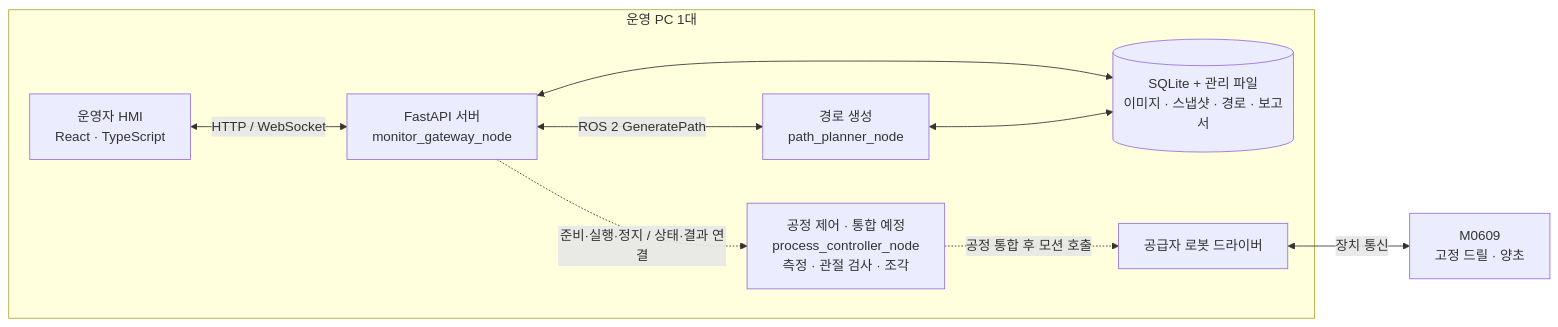
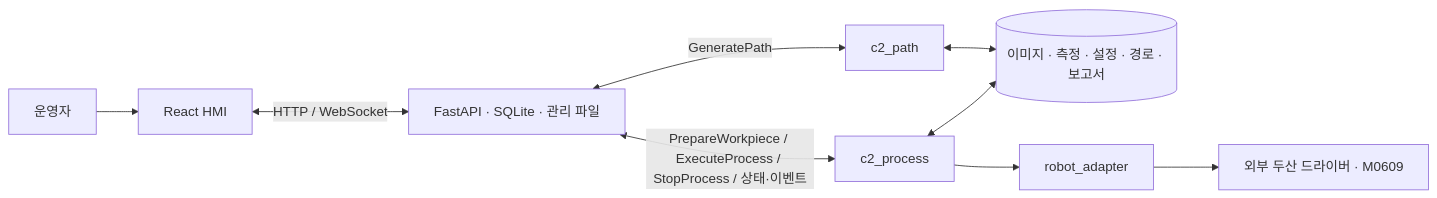
One commit to suuuhululu/C-2 changed the diagram in README.md. Above: the diagram before and after it, drawn with Mermaid. The commit also changed other lines of this file and 1 other file, not shown here.

````diff
--- a/README.md
+++ b/README.md
@@ -23,18 +9,11 @@
 ```mermaid
 flowchart LR
-    subgraph PC["운영 PC 1대"]
-        HMI["운영자 HMI<br/>React · TypeScript"]
-        API["FastAPI 서버<br/>monitor_gateway_node"]
-        PATH["경로 생성<br/>path_planner_node"]
-        DATA[("SQLite + 관리 파일<br/>이미지 · 스냅샷 · 경로 · 보고서")]
-        PROCESS["공정 제어 · 통합 예정<br/>process_controller_node<br/>측정 · 관절 검사 · 조각"]
-        DRIVER["공급자 로봇 드라이버"]
-        HMI <-->|HTTP / WebSocket| API
-        API <-->|ROS 2 GeneratePath| PATH
-        API <--> DATA
-        PATH <--> DATA
-        API -.->|준비·실행·정지 / 상태·결과 연결| PROCESS
-        PROCESS -.->|공정 통합 후 모션 호출| DRIVER
-    end
-    DRIVER <-->|장치 통신| ROBOT["M0609<br/>고정 드릴 · 양초"]
+    OP[운영자] --> UI[React HMI]
+    UI <-->|HTTP / WebSocket| API[FastAPI · SQLite · 관리 파일]
+    API <-->|PrepareWorkpiece / ExecuteProcess / StopProcess / 상태·이벤트| PROC[c2_process]
+    API <-->|GeneratePath| PATH[c2_path]
+    PATH <--> DATA[(이미지 · 측정 · 설정 · 경로 · 보고서)]
+    PROC <--> DATA
+    PROC --> ADAPTER[robot_adapter]
+    ADAPTER --> DRIVER[외부 두산 드라이버 · M0609]
 ```
````
